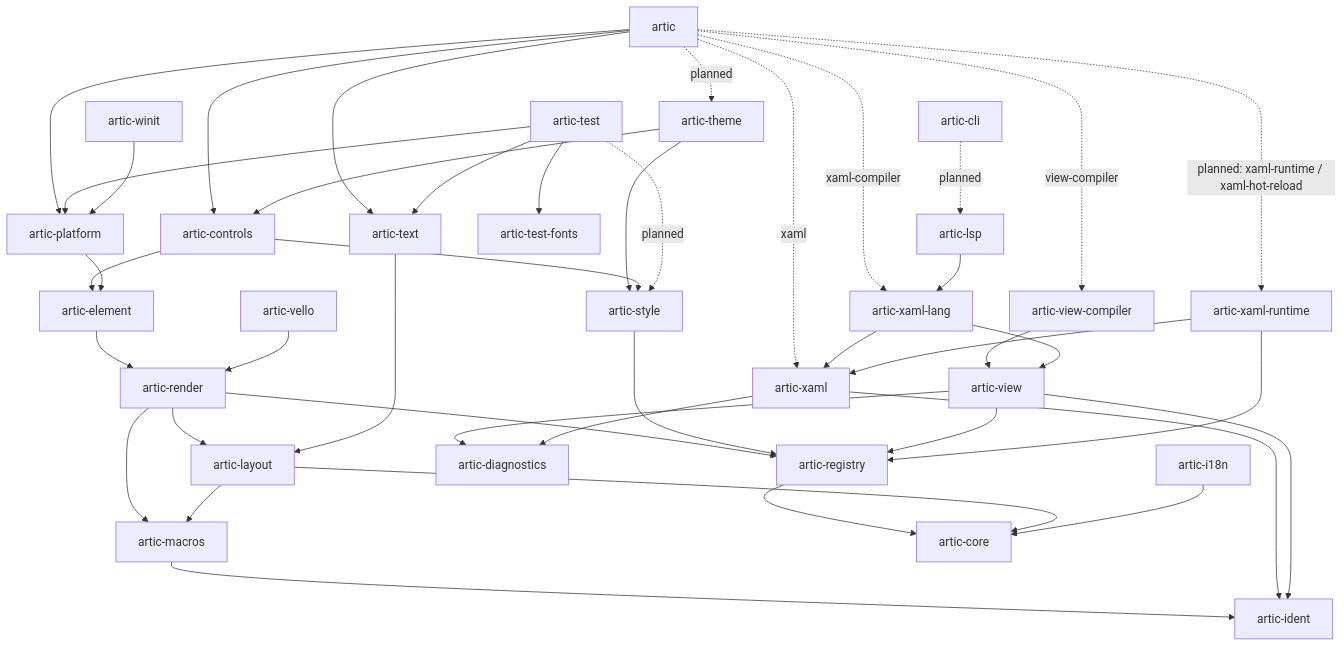
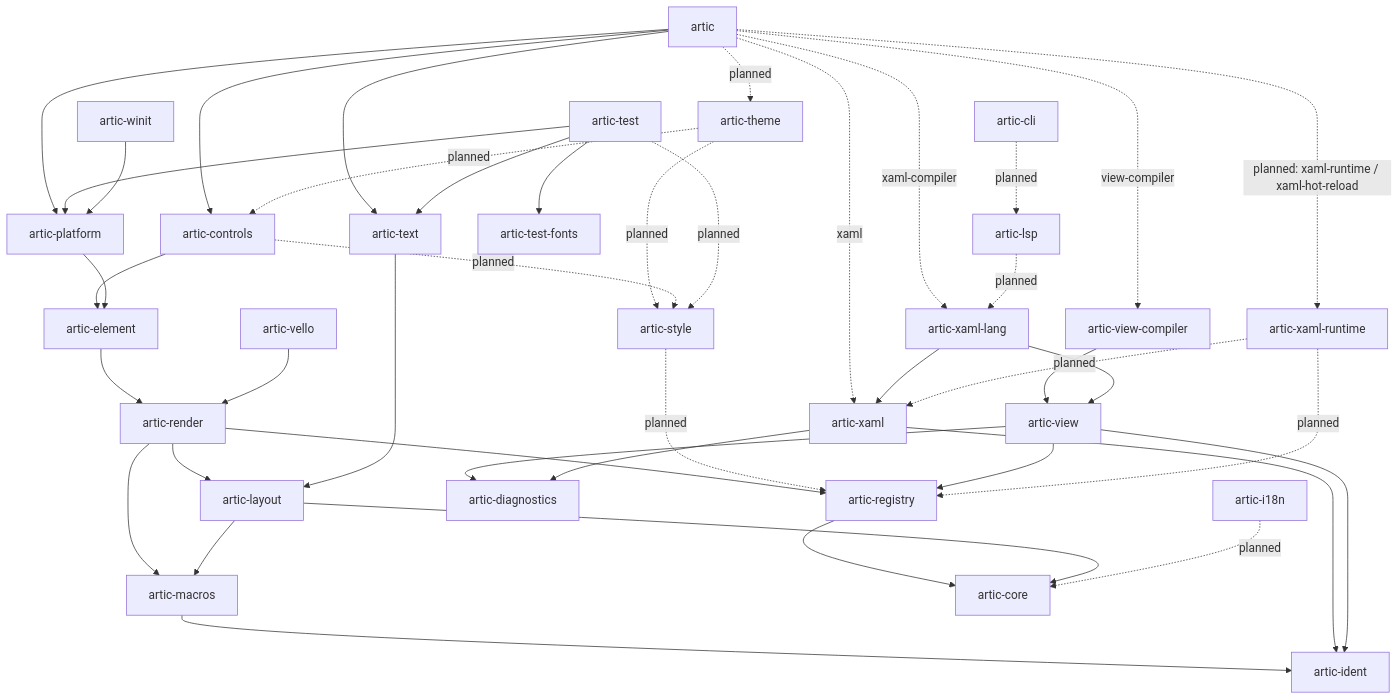
One commit to wolfware-labs/artic changed the diagram in docs/architecture.md. Above: the diagram before and after it, drawn with Mermaid. The commit also changed other lines of this file and 109 other files, not shown here.

````diff
--- a/docs/architecture.md
+++ b/docs/architecture.md
@@ -37,54 +37,54 @@
 ```mermaid
 flowchart TD
   artic -. planned .-> theme[artic-theme]
   artic --> controls[artic-controls]
   artic --> platform[artic-platform]
   artic --> text[artic-text]
   artic -. planned: xaml-runtime / xaml-hot-reload .-> runtime[artic-xaml-runtime]
   artic -. xaml .-> xaml
   artic -. view-compiler .-> viewc[artic-view-compiler]
   artic -. xaml-compiler .-> lang
 
-  theme --> controls
-  theme --> styles[artic-style]
+  theme -. planned .-> controls
+  theme -. planned .-> styles[artic-style]
 
   controls --> element[artic-element]
-  controls --> styles
+  controls -. planned .-> styles
 
   platform --> element
 
   element --> render[artic-render]
 
   test[artic-test] --> platform
   test -. planned .-> styles
   test --> text
   test --> fonts[artic-test-fonts]
 
   winit[artic-winit] --> platform
   vello[artic-vello] --> render
 
   cli[artic-cli] -. planned .-> lsp[artic-lsp]
-  lsp --> lang[artic-xaml-lang]
+  lsp -. planned .-> lang[artic-xaml-lang]
 
   render --> layout[artic-layout]
   render --> registry[artic-registry]
   render --> macros[artic-macros]
   text --> layout
-  styles --> registry
+  styles -. planned .-> registry
   viewc --> view[artic-view]
   lang --> view
   view --> registry
   view --> diagnostics
   lang --> xaml[artic-xaml]
   xaml --> diagnostics[artic-diagnostics]
-  runtime --> registry
-  runtime --> xaml
+  runtime -. planned .-> registry
+  runtime -. planned .-> xaml
 
   registry --> core[artic-core]
   layout --> core
   layout --> macros
   macros --> ident[artic-ident]
   xaml --> ident
   view --> ident
-  i18n[artic-i18n] --> core
+  i18n[artic-i18n] -. planned .-> core
 ```
````
